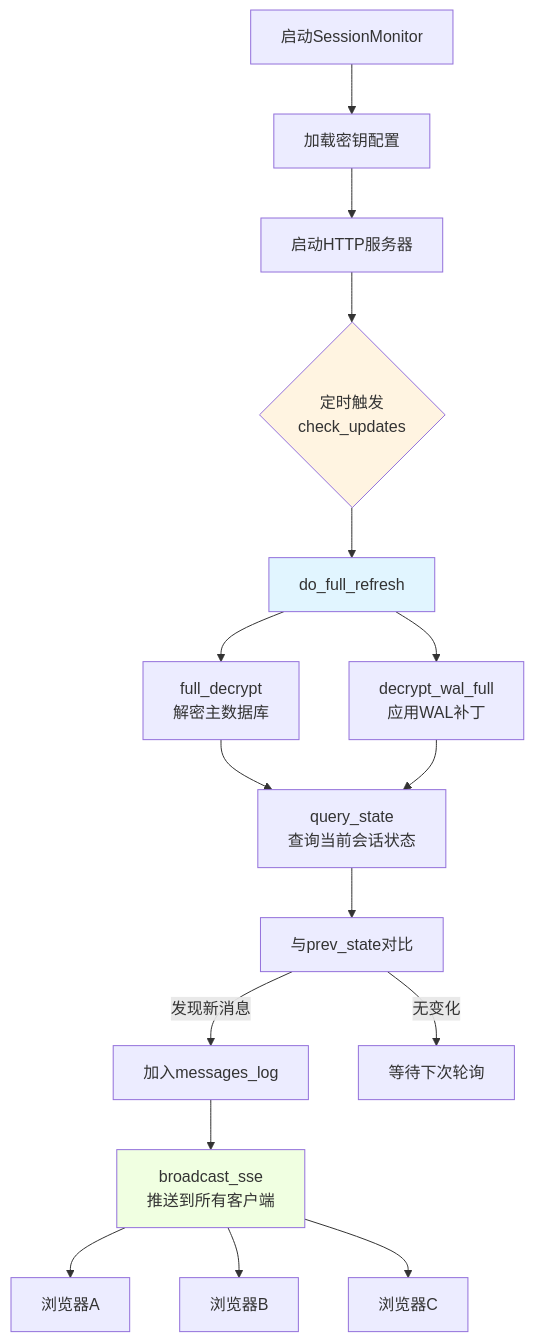
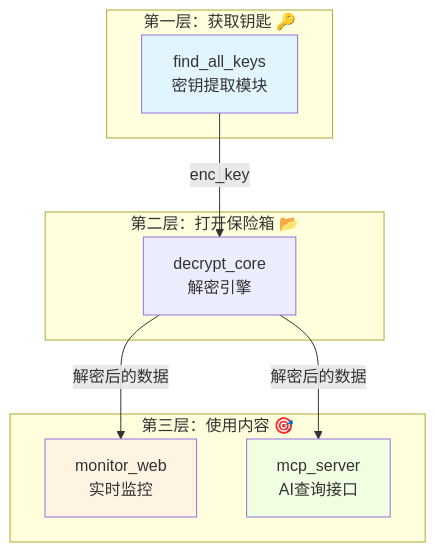
The fourth of 5 diagrams in public/wechat-decrypt/guide-beginners-guide-what-and-why.md (nerdneilsfield/code-wiki-pages), drawn with Mermaid before and after one commit. The commit also changed other lines of this file and 30 other files, not shown here.

````diff
--- a/public/wechat-decrypt/guide-beginners-guide-what-and-why.md
+++ b/public/wechat-decrypt/guide-beginners-guide-what-and-why.md
@@ -143,24 +113,23 @@
 ```mermaid
-flowchart TD
-    A[启动SessionMonitor] --> B[加载密钥配置]
-    B --> C[启动HTTP服务器]
-    C --> D{定时触发<br/>check_updates}
+graph TB
+    subgraph "第一层：获取钥匙 🔑"
+        A[find_all_keys<br/>密钥提取模块]
+    end
     
-    D --> E[do_full_refresh]
-    E --> E1[full_decrypt<br/>解密主数据库]
-    E --> E2[decrypt_wal_full<br/>应用WAL补丁]
+    subgraph "第二层：打开保险箱 📂"
+        B[decrypt_core<br/>解密引擎]
+    end
     
-    E1 --> F[query_state<br/>查询当前会话状态]
-    E2 --> F
-    F --> G[与prev_state对比]
-    G -->|发现新消息| H[加入messages_log]
-    G -->|无变化| I[等待下次轮询]
-    H --> J[broadcast_sse<br/>推送到所有客户端]
-    J --> K[浏览器A]
-    J --> L[浏览器B]
-    J --> M[浏览器C]
+    subgraph "第三层：使用内容 🎯"
+        C[monitor_web<br/>实时监控]
+        D[mcp_server<br/>AI查询接口]
+    end
     
-    style D fill:#fff4e1
-    style E fill:#e1f5ff
-    style J fill:#f0ffe1
+    A -->|enc_key| B
+    B -->|解密后的数据| C
+    B -->|解密后的数据| D
+    
+    style A fill:#e1f5ff
+    style C fill:#fff4e1
+    style D fill:#f0ffe1
 ```
````
